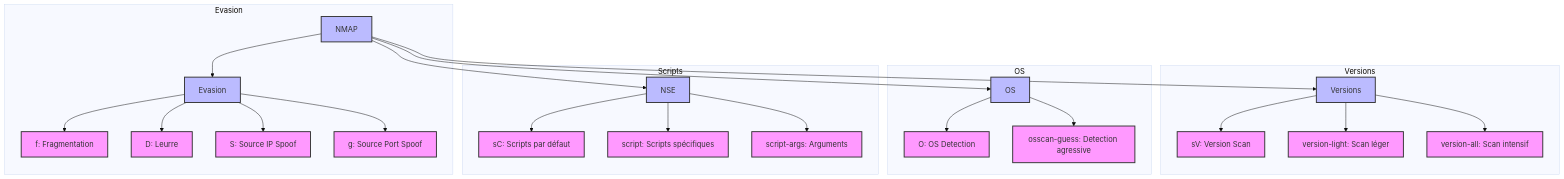
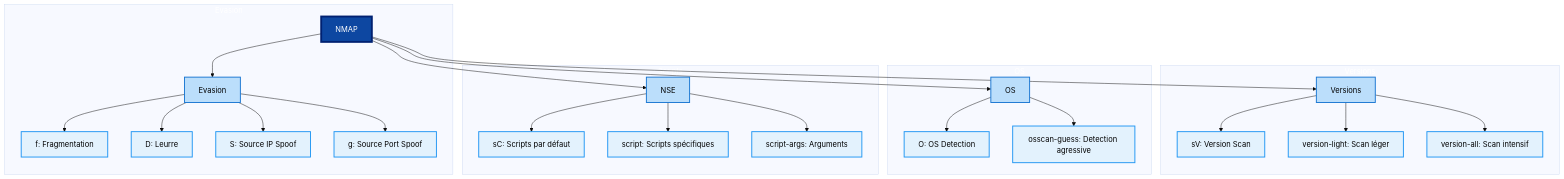
One commit to Roadmvn/Nmap-sheet changed the diagram in docs/3-advanced-features.md. Above: the diagram before and after it, drawn with Mermaid (base theme). The commit also changed 2 other files, not shown here.

Commit message:
style: amélioration de la lisibilité du texte dans les diagrammes

````diff
--- a/docs/3-advanced-features.md
+++ b/docs/3-advanced-features.md
@@ -3,36 +3,38 @@
 ```mermaid
 graph TB
     NMAP[NMAP]
     
     subgraph Evasion
     NMAP --> FirewallIDS[Evasion]
     FirewallIDS --> F1[f: Fragmentation]
     FirewallIDS --> F2[D: Leurre]
     FirewallIDS --> F3[S: Source IP Spoof]
     FirewallIDS --> F4[g: Source Port Spoof]
     end
     
     subgraph Versions
     NMAP --> ServiceVersion[Versions]
     ServiceVersion --> V1[sV: Version Scan]
     ServiceVersion --> V2[version-light: Scan léger]
     ServiceVersion --> V3[version-all: Scan intensif]
     end
     
     subgraph OS
     NMAP --> OSDetection[OS]
     OSDetection --> OS1[O: OS Detection]
     OSDetection --> OS2[osscan-guess: Detection agressive]
     end
     
     subgraph Scripts
     NMAP --> ScriptScan[NSE]
     ScriptScan --> SC1[sC: Scripts par défaut]
     ScriptScan --> SC2[script: Scripts spécifiques]
     ScriptScan --> SC3[script-args: Arguments]
     end
 
-    classDef default fill:#f9f,stroke:#333,stroke-width:2px;
-    classDef section fill:#bbf,stroke:#333,stroke-width:2px;
-    class NMAP,FirewallIDS,ServiceVersion,OSDetection,ScriptScan section
+    classDef default fill:#e3f2fd,stroke:#2196f3,stroke-width:2px,color:#000;
+    classDef section fill:#bbdefb,stroke:#1976d2,stroke-width:2px,color:#000;
+    classDef root fill:#0d47a1,stroke:#002171,stroke-width:4px,color:#fff;
+    class NMAP root;
+    class FirewallIDS,ServiceVersion,OSDetection,ScriptScan section;
 ```
````
